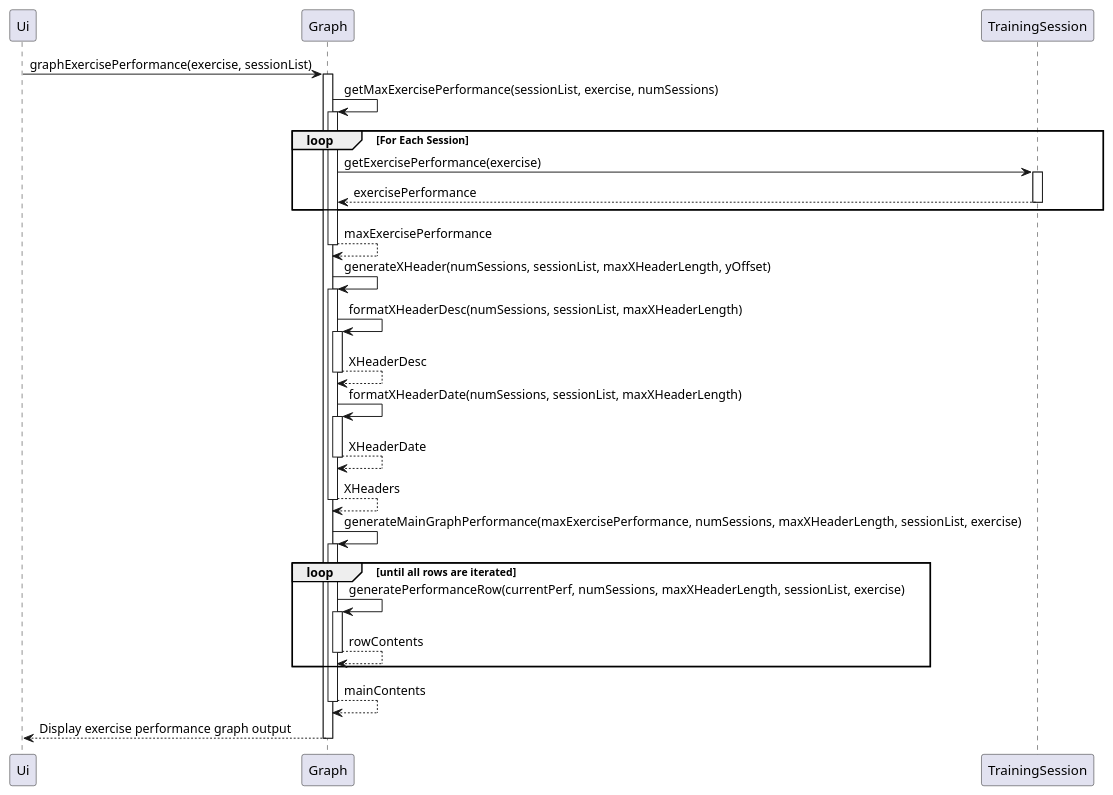
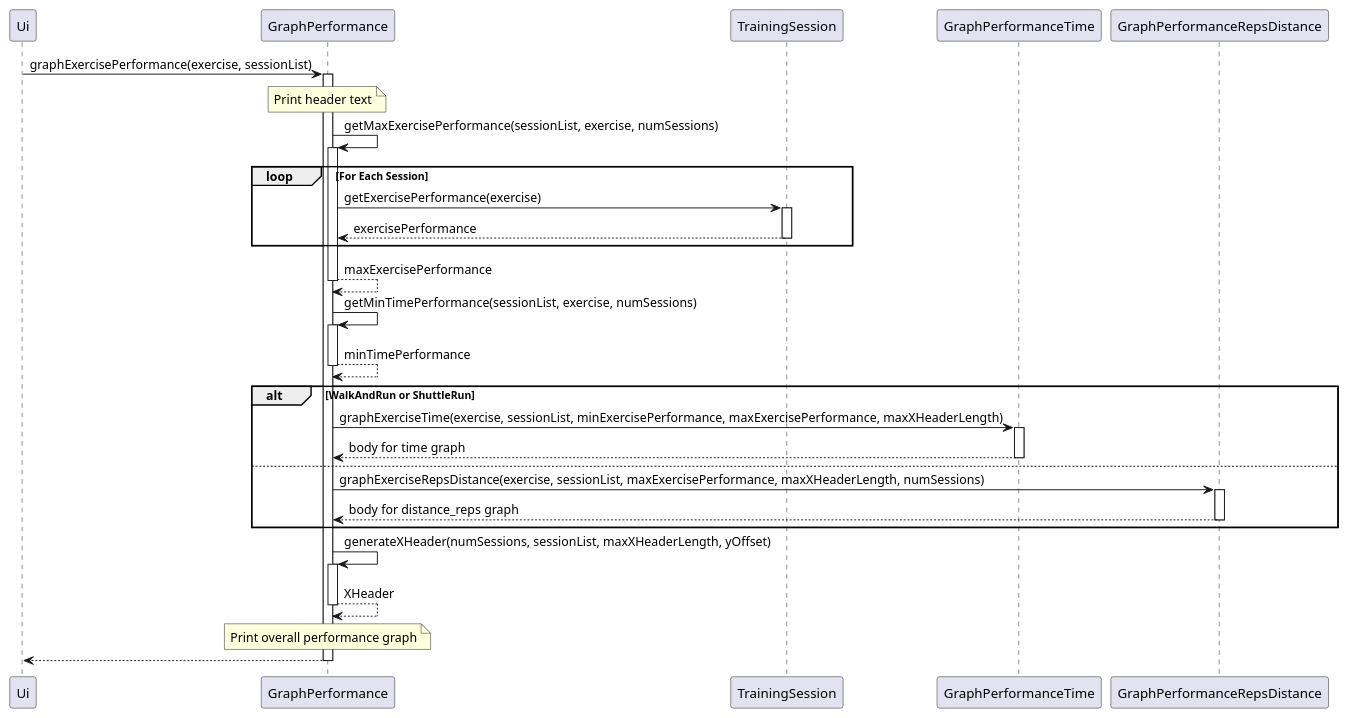
The diagram in docs/Diagrams/Sequence_graphExercisePerformance.puml (nus-cs2113-AY2425S1/tp), drawn with PlantUML before and after one commit. The commit also changed 8 other files, not shown here.

Commit message:
Update DG for graph features.

```diff
--- a/docs/Diagrams/Sequence_graphExercisePerformance.puml
+++ b/docs/Diagrams/Sequence_graphExercisePerformance.puml
@@ -1,51 +1,56 @@
 @startuml
-participant Ui as User
-participant Graph
-participant TrainingSession
 
-User -> Graph : graphExercisePerformance(exercise, sessionList)
+participant Ui as Ui
+participant GraphPerformance as Graph
+participant TrainingSession as TrainingSession
+participant GraphPerformanceTime as GraphTime
+participant GraphPerformanceRepsDistance as GraphRepsDistance
+
+Ui -> Graph : graphExercisePerformance(exercise, sessionList)
 activate Graph
+note over Graph
+    Print header text
+end note
 
 Graph -> Graph : getMaxExercisePerformance(sessionList, exercise, numSessions)
 activate Graph
 
 loop For Each Session
     Graph -> TrainingSession : getExercisePerformance(exercise)
     activate TrainingSession
     TrainingSession --> Graph : exercisePerformance
     deactivate TrainingSession
 end
 Graph --> Graph : maxExercisePerformance
 deactivate Graph
 
+Graph -> Graph : getMinTimePerformance(sessionList, exercise, numSessions)
+activate Graph
+Graph --> Graph : minTimePerformance
+deactivate Graph
+
+alt WalkAndRun or ShuttleRun
+    Graph -> GraphTime : graphExerciseTime(exercise, sessionList, minExercisePerformance, maxExercisePerformance, maxXHeaderLength)
+    activate GraphTime
+    GraphTime --> Graph : body for time graph
+    deactivate GraphTime
+else
+    Graph -> GraphRepsDistance : graphExerciseRepsDistance(exercise, sessionList, maxExercisePerformance, maxXHeaderLength, numSessions)
+    activate GraphRepsDistance
+    GraphRepsDistance --> Graph : body for distance_reps graph
+    deactivate GraphRepsDistance
+end
+
 Graph -> Graph : generateXHeader(numSessions, sessionList, maxXHeaderLength, yOffset)
 activate Graph
-Graph -> Graph : formatXHeaderDesc(numSessions, sessionList, maxXHeaderLength)
-activate Graph
-Graph --> Graph : XHeaderDesc
+Graph --> Graph : XHeader
 deactivate Graph
 
-Graph -> Graph : formatXHeaderDate(numSessions, sessionList, maxXHeaderLength)
-activate Graph
-Graph --> Graph : XHeaderDate
+note over Graph
+    Print overall performance graph
+end note
+
+Ui <-- Graph :
 deactivate Graph
 
-Graph --> Graph : XHeaders
-deactivate Graph
-
-Graph -> Graph : generateMainGraphPerformance(maxExercisePerformance, numSessions, maxXHeaderLength, sessionList, exercise)
-activate Graph
-
-loop  until all rows are iterated
-    Graph -> Graph : generatePerformanceRow(currentPerf, numSessions, maxXHeaderLength, sessionList, exercise)
-    activate Graph
-    Graph --> Graph : rowContents
-    deactivate Graph
-end
-
-Graph --> Graph : mainContents
-deactivate Graph
-
-User <-- Graph : Display exercise performance graph output
-deactivate Graph
 @enduml
```
